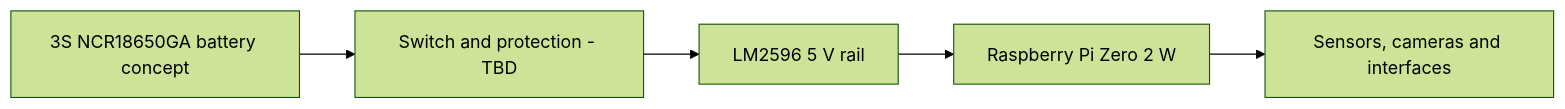
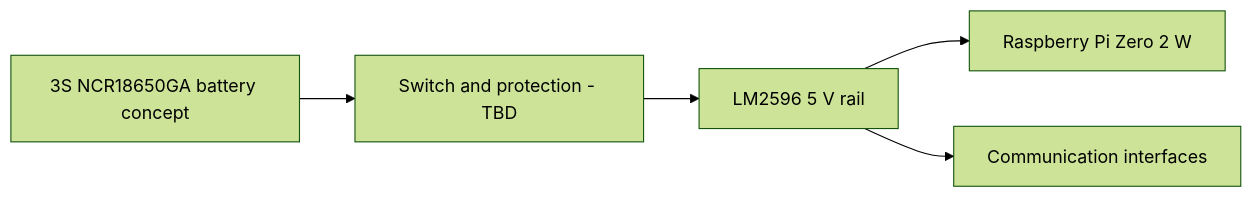
The second of 2 diagrams in docs/system_architecture.md (nur1091/konsat-model-satellite-system), drawn with Mermaid (forest theme) before and after one commit. The commit also changed other lines of this file and 17 other files, not shown here.

````diff
--- a/docs/system_architecture.md
+++ b/docs/system_architecture.md
@@ -33,7 +32,7 @@
 ```mermaid
 flowchart LR
     B["3S NCR18650GA battery concept"] --> SW["Switch and protection - TBD"]
     SW --> REG["LM2596 5 V rail"]
     REG --> PI["Raspberry Pi Zero 2 W"]
-    PI --> LOADS["Sensors, cameras and interfaces"]
+    REG --> COMMS["Communication interfaces"]
 ```
````
